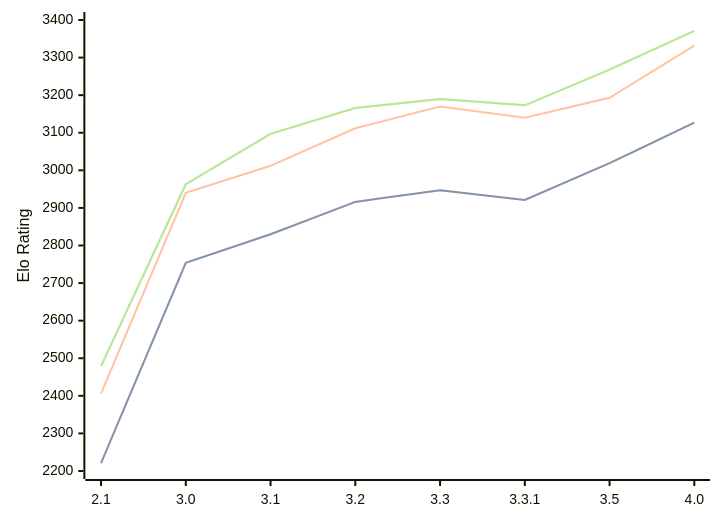
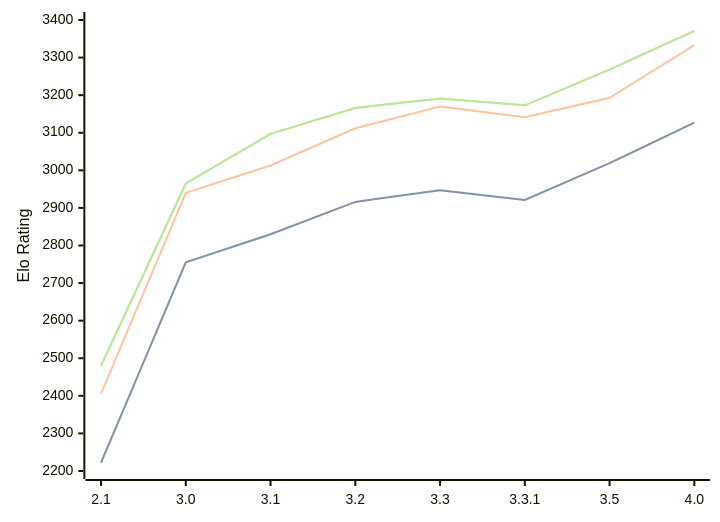
One commit to computer-chess-index/cci changed the diagram in engines/Petrel.md. Above: the diagram before and after it, drawn with Mermaid. The commit also changed other lines of this file, not shown here.

Commit message:
Update CCI Ratings (ELO VLTC) - 2026-08-29

````diff
--- a/engines/Petrel.md
+++ b/engines/Petrel.md
@@ -38,11 +38,11 @@
 ```mermaid
 %%{init: {"theme":"base","themeVariables":{"seriesColors:['#a3a3a3','#222221','#faa371']}}}%%
 xychart-beta
   x-axis ["2.1", "3.0", "3.1", "3.2", "3.3", "3.3.1", "3.5", "4.0"]
   y-axis "Elo Rating" 2200 --> 3400
-  line "" [2221, 2754, 2830, 2916, 2947, 2921, 3019, 3127]
-  line "STC (8.0+0.08s)" [2221, 2754, 2830, 2916, 2947, 2921, 3019, 3127]
-  line "LTC (60.0+0.60s)" [2406, 2940, 3012, 3112, 3170, 3140, 3193, 3332]
-  line "" [2479, 2963, 3097, 3166, 3190, 3173, 3268, 3371]
-  line "VLTC (2m24s+1.12s)" [2479, 2963, 3097, 3166, 3190, 3173, 3268, 3371]
+  line "" [2222, 2755, 2830, 2916, 2947, 2921, 3019, 3127]
+  line "STC (8.0+0.08s)" [2222, 2755, 2830, 2916, 2947, 2921, 3019, 3127]
+  line "LTC (60.0+0.60s)" [2406, 2940, 3013, 3112, 3170, 3141, 3193, 3333]
+  line "" [2480, 2965, 3097, 3166, 3191, 3173, 3268, 3371]
+  line "VLTC (2m24s+1.12s)" [2480, 2965, 3097, 3166, 3191, 3173, 3268, 3371]
 ```
````
